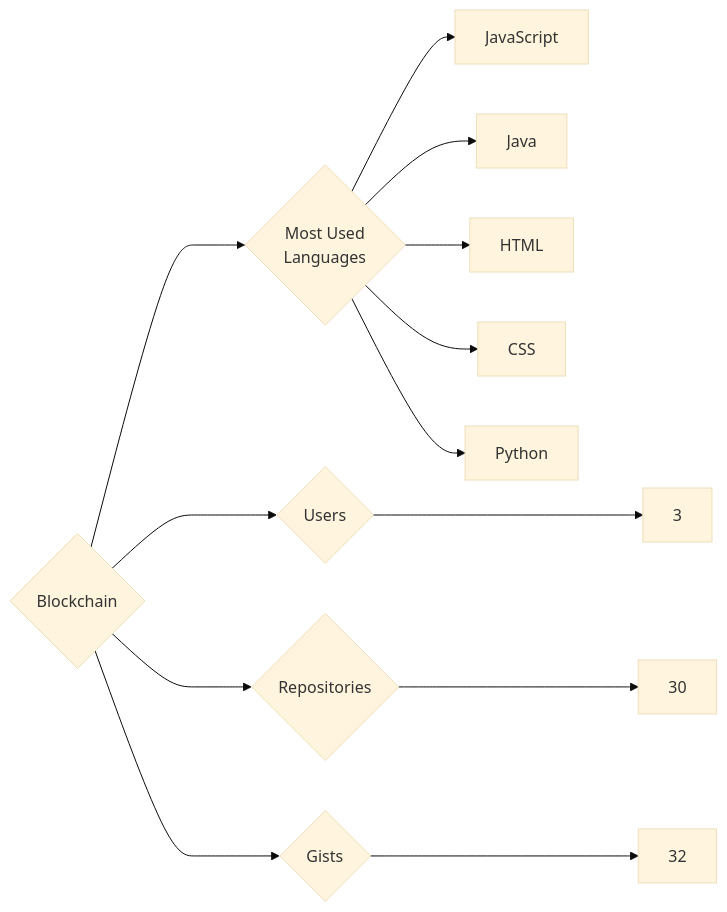
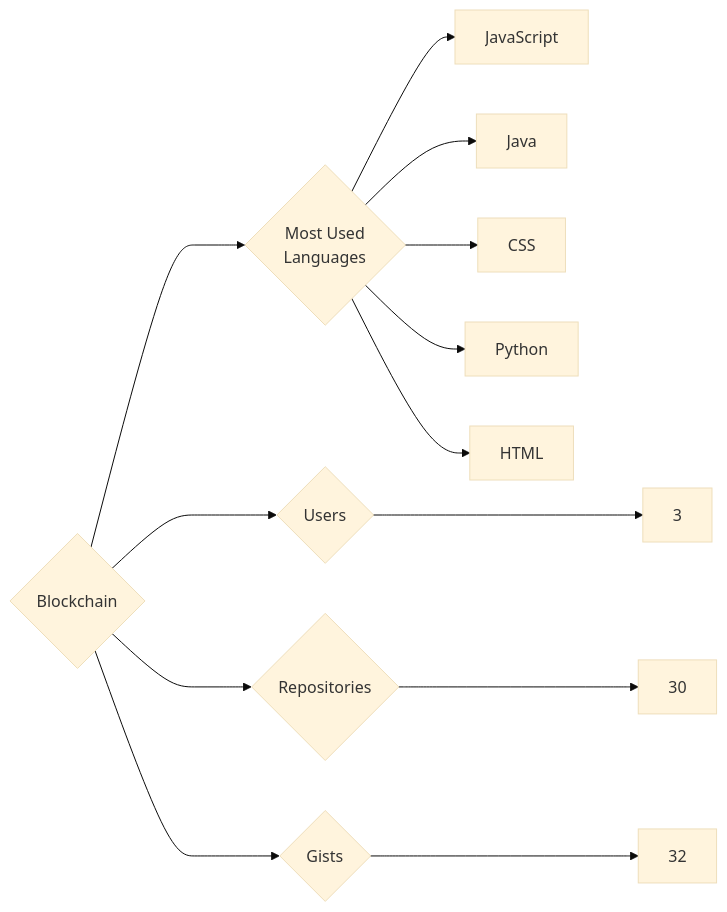
Before and after one commit to trickest/insiders: the diagram in targets/Blockchain/README.md, drawn with Mermaid (base theme). The commit also changed other lines of this file and 888 other files, not shown here.

````diff
--- a/targets/Blockchain/README.md
+++ b/targets/Blockchain/README.md
@@ -3,13 +3,13 @@
 ```mermaid
 graph LR
 COMPANY_NAME{Blockchain}
 COMPANY_NAME ---> U{Users} ---> UN[3]
 COMPANY_NAME ---> R{Repositories} ---> RN[30]
 COMPANY_NAME ---> G{Gists} ---> GN[32]
 COMPANY_NAME ---> ML{Most Used<br>Languages}
 ML --> JavaScript[JavaScript]
 ML --> Java[Java]
-ML --> HTML[HTML]
 ML --> CSS[CSS]
 ML --> Python[Python]
+ML --> HTML[HTML]
 ```
````
